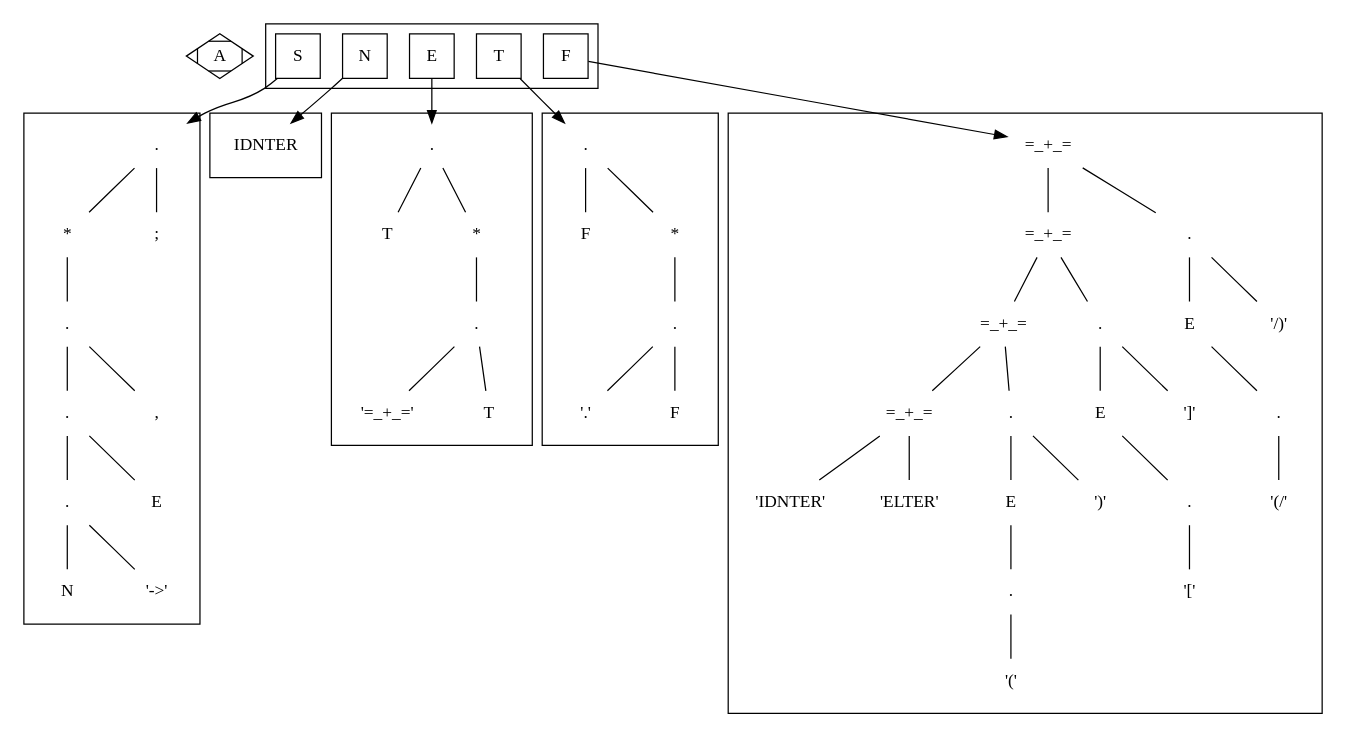
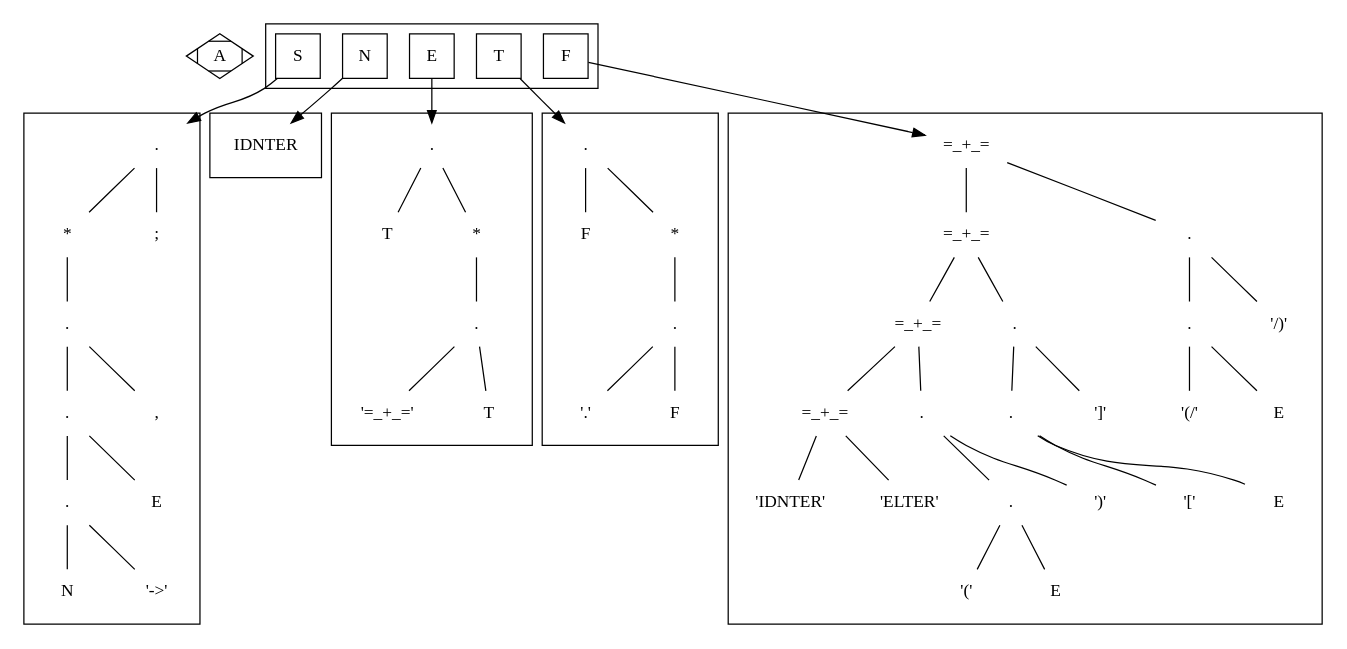
The second of 2 diagrams in compilation_propre.org (mooss/cours_m1), drawn with Graphviz before and after one commit. The commit also changed other lines of this file and 3 other files, not shown here.

```diff
--- a/compilation_propre.org
+++ b/compilation_propre.org
@@ -105,34 +105,34 @@
     lf22  [ label = "." ];
     lf31  [ label = "=_+_=" ];
     lf32  [ label = "." ];
-    lf33  [ label = "E" ];
+    lf33  [ label = "." ];
     lf34  [ label = "'/)'" ];
     lf41  [ label = "=_+_=" ];
     lf42  [ label = "." ];
-    lf44  [ label = "E" ];
+    lf44  [ label = "." ];
     lf43  [ label = "']'" ];
-    lf45  [ label = "." ];
+    lf45  [ label = "'(/'" ];
     lf51  [ label = "'IDNTER'" ];
     lf52  [ label = "'ELTER'" ];
-    lf53  [ label = "E" ];
+    lf53  [ label = "." ];
     lf54  [ label = "')'" ];
-    lf55  [ label = "." ];
-    lf56  [ label = "'(/'" ];
-    lf61  [ label = "." ];
-    lf62  [ label = "'['" ];
-    lf71  [ label = "'('" ];
+    lf55  [ label = "'['" ];
+    lf56  [ label = "E" ];
+    lf61  [ label = "'('" ];
+    lf62  [ label = "E" ];
+    lf63  [ label = "E" ];
 
     lf1 -> { lf21 lf22 };
     lf21 -> {lf31 lf32};
     lf22 -> {lf33 lf34};
     lf31 -> {lf41 lf42};
     lf32 -> {lf43 lf44};
-    lf33 -> lf45 -> lf56;
+    lf33 -> {lf45 lf56};
     lf41 -> {lf51 lf52};
     lf42 -> {lf53 lf54};
-    lf44 -> lf55 -> lf62;
-    lf53 -> lf61;
-    lf61 -> lf71;
+    lf44 -> {lf62 lf55};
+    lf53 -> {lf61 lf63};
+
 
 }
 
@@ -142,6 +142,5 @@
   T -> lt1;
   F -> lf1;
 
-
 }
 #+END_SRC
```
